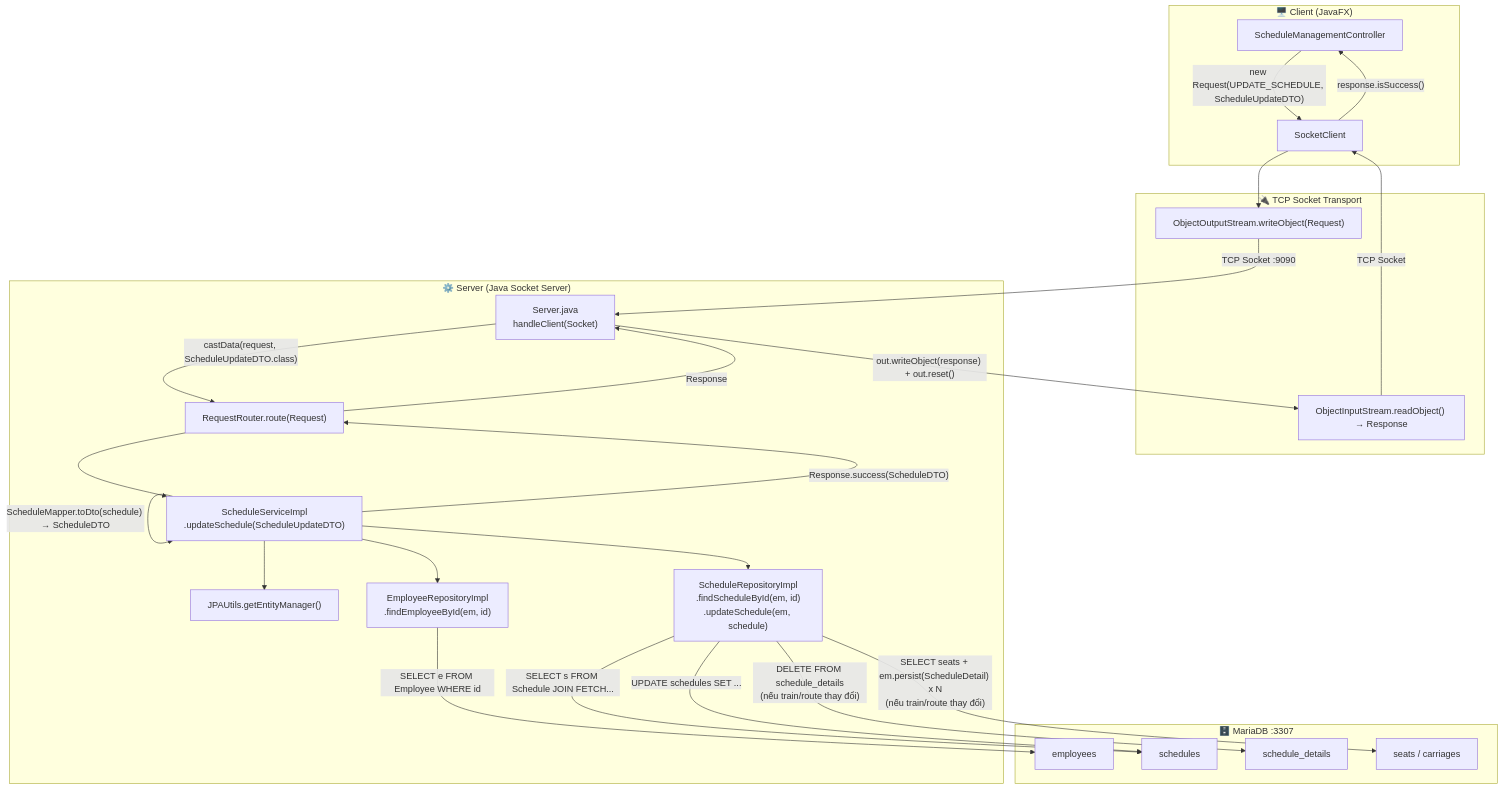
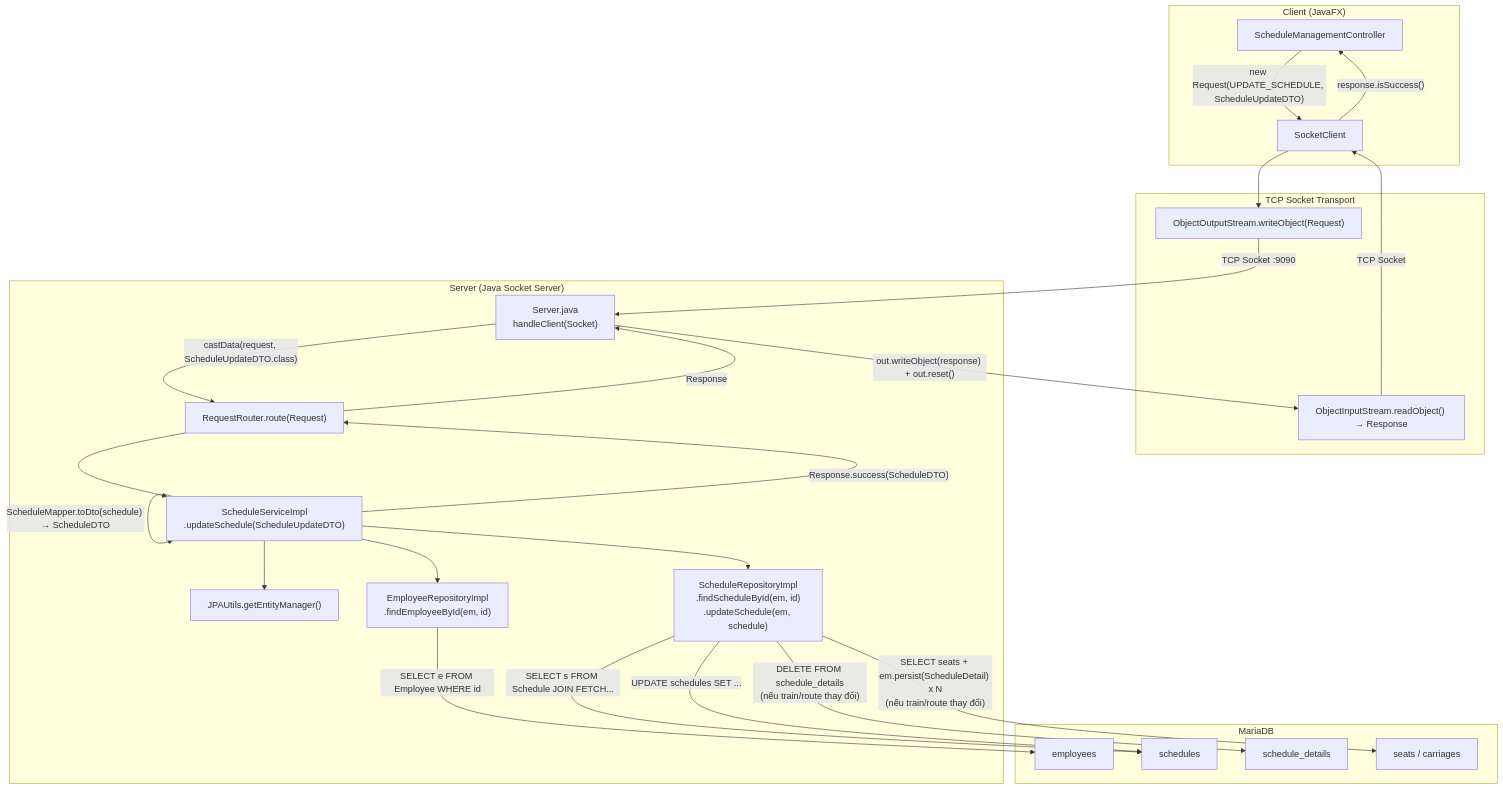
The first of 3 diagrams in docs/diagrams/sequence/uc007-sua-lich-trinh-tau.md (Distributed-Programing-Project/railway-reservation-system-server), drawn with Mermaid before and after one commit. The commit also changed other lines of this file and 11 other files, not shown here.

First line of the commit message:
fix(diagram): remove all emojis/icons from sequence diagrams for consistency

````diff
--- a/docs/diagrams/sequence/uc007-sua-lich-trinh-tau.md
+++ b/docs/diagrams/sequence/uc007-sua-lich-trinh-tau.md
@@ -7,49 +7,49 @@
 ```mermaid
 graph TB
-    subgraph CLIENT ["🖥️ Client (JavaFX)"]
+    subgraph CLIENT ["Client (JavaFX)"]
         UI["ScheduleManagementController"]
         SC["SocketClient"]
     end
 
-    subgraph TRANSPORT ["🔌 TCP Socket Transport"]
+    subgraph TRANSPORT ["TCP Socket Transport"]
         OOS["ObjectOutputStream.writeObject(Request)"]
         OIS["ObjectInputStream.readObject() → Response"]
     end
 
-    subgraph SERVER ["⚙️ Server (Java Socket Server)"]
+    subgraph SERVER ["Server (Java Socket Server)"]
         SRV["Server.java\nhandleClient(Socket)"]
         RR["RequestRouter.route(Request)"]
         SVC["ScheduleServiceImpl\n.updateSchedule(ScheduleUpdateDTO)"]
         EMP_REPO["EmployeeRepositoryImpl\n.findEmployeeById(em, id)"]
         SCH_REPO["ScheduleRepositoryImpl\n.findScheduleById(em, id)\n.updateSchedule(em, schedule)"]
         JPA["JPAUtils.getEntityManager()"]
     end
 
-    subgraph DB ["🗄️ MariaDB :3307"]
+    subgraph DB ["MariaDB"]
         T_EMP["employees"]
         T_SCH["schedules"]
         T_DET["schedule_details"]
         T_SEAT["seats / carriages"]
     end
 
     UI -- "new Request(UPDATE_SCHEDULE, ScheduleUpdateDTO)" --> SC
     SC --> OOS
     OOS -- "TCP Socket :9090" --> SRV
     SRV -- "castData(request, ScheduleUpdateDTO.class)" --> RR
     RR --> SVC
     SVC --> JPA
     SVC --> EMP_REPO
     EMP_REPO -- "SELECT e FROM Employee WHERE id" --> T_EMP
     SVC -- "check isManager\ncheck status=DRAFT\ncheck departureTime > now\ncheck arrivalTime > departureTime" --> SVC
     SVC --> SCH_REPO
     SCH_REPO -- "SELECT s FROM Schedule JOIN FETCH..." --> T_SCH
     SCH_REPO -- "UPDATE schedules SET ..." --> T_SCH
     SCH_REPO -- "DELETE FROM schedule_details\n(nếu train/route thay đổi)" --> T_DET
     SCH_REPO -- "SELECT seats + em.persist(ScheduleDetail) x N\n(nếu train/route thay đổi)" --> T_SEAT
     SVC -- "ScheduleMapper.toDto(schedule) → ScheduleDTO" --> SVC
     SVC -- "Response.success(ScheduleDTO)" --> RR
     RR -- "Response" --> SRV
     SRV -- "out.writeObject(response) + out.reset()" --> OIS
     OIS -- "TCP Socket" --> SC
     SC -- "response.isSuccess()" --> UI
 ```
````
